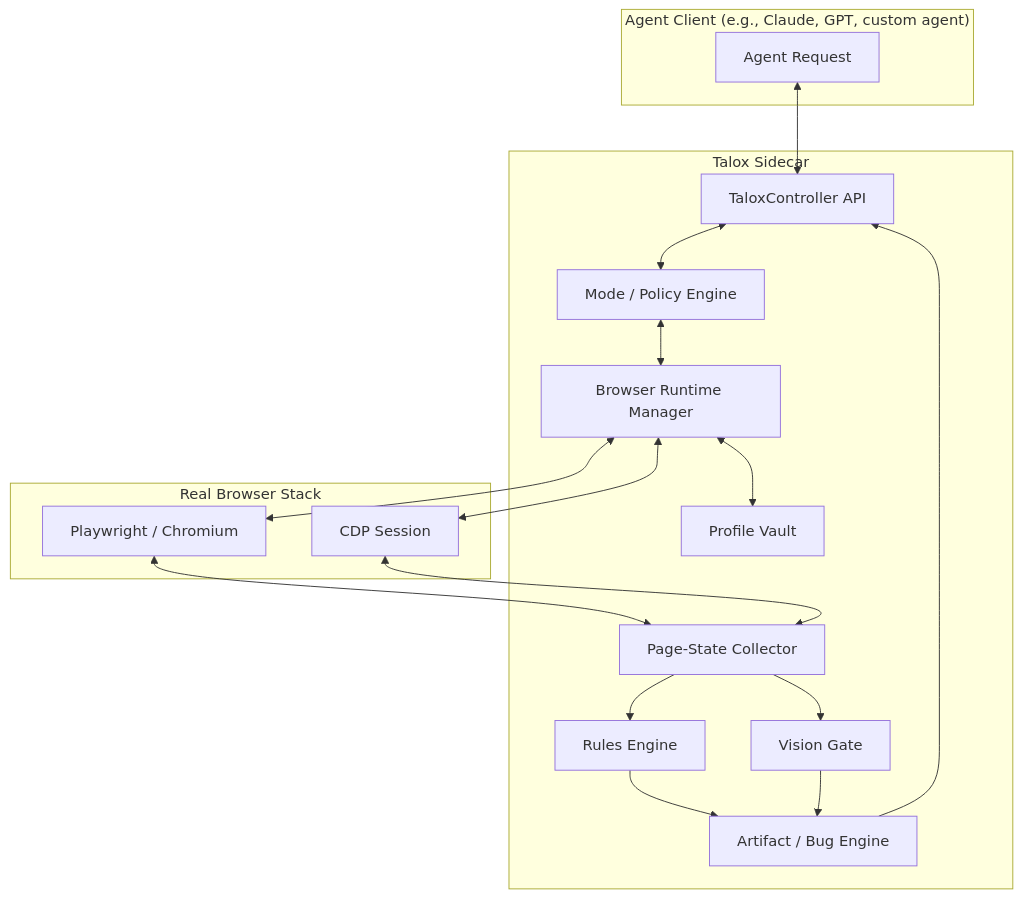
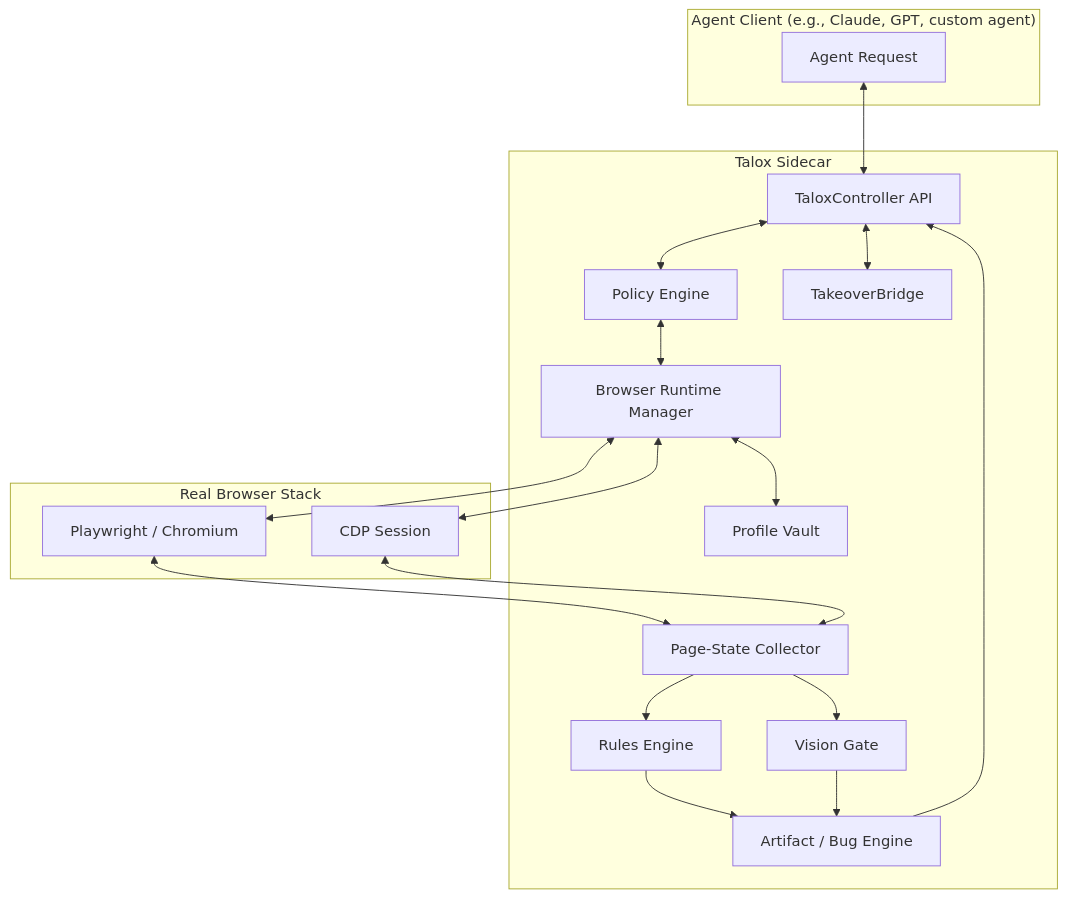
Before and after one commit to AVANT-ICONIC/Talox: the diagram in docs/TALOX-ARCHITECTURE.md, drawn with Mermaid. The commit also changed other lines of this file and 1326 other files, not shown here.

````diff
--- a/docs/TALOX-ARCHITECTURE.md
+++ b/docs/TALOX-ARCHITECTURE.md
@@ -8,36 +8,38 @@
 ```mermaid
 graph TD
     subgraph "Agent Client (e.g., Claude, GPT, custom agent)"
         A[Agent Request]
     end
 
     subgraph "Talox Sidecar"
         B[TaloxController API]
-        C[Mode / Policy Engine]
+        C[Policy Engine]
         D[Browser Runtime Manager]
         E[Profile Vault]
         F[Page-State Collector]
         G[Rules Engine]
         H[Vision Gate]
         I[Artifact / Bug Engine]
+        J[TakeoverBridge]
     end
 
     subgraph "Real Browser Stack"
-        J[Playwright / Chromium]
-        K[CDP Session]
+        K[Playwright / Chromium]
+        L[CDP Session]
     end
 
     A <--> B
     B <--> C
+    B <--> J
     C <--> D
     D <--> E
-    D <--> J
     D <--> K
-    J <--> F
+    D <--> L
     K <--> F
+    L <--> F
     F --> G
     F --> H
     G --> I
     H --> I
     I --> B
 ```
````
